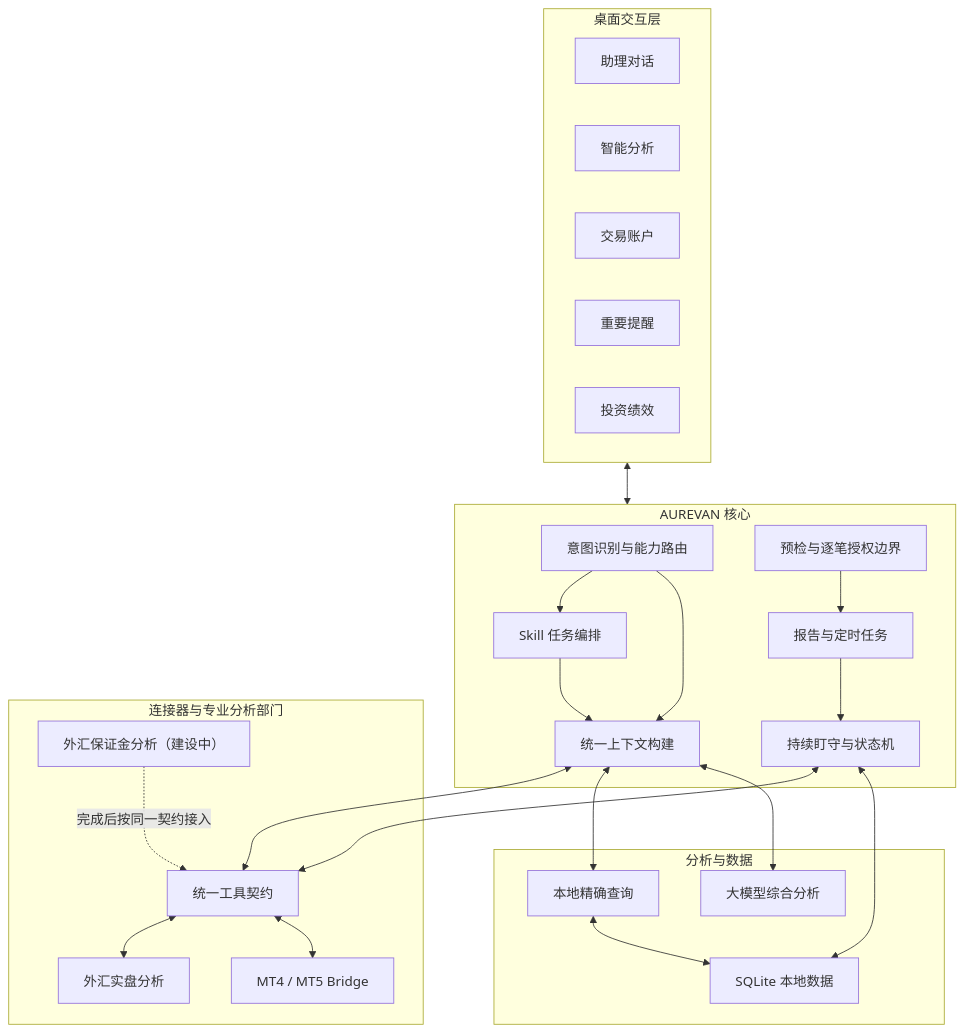
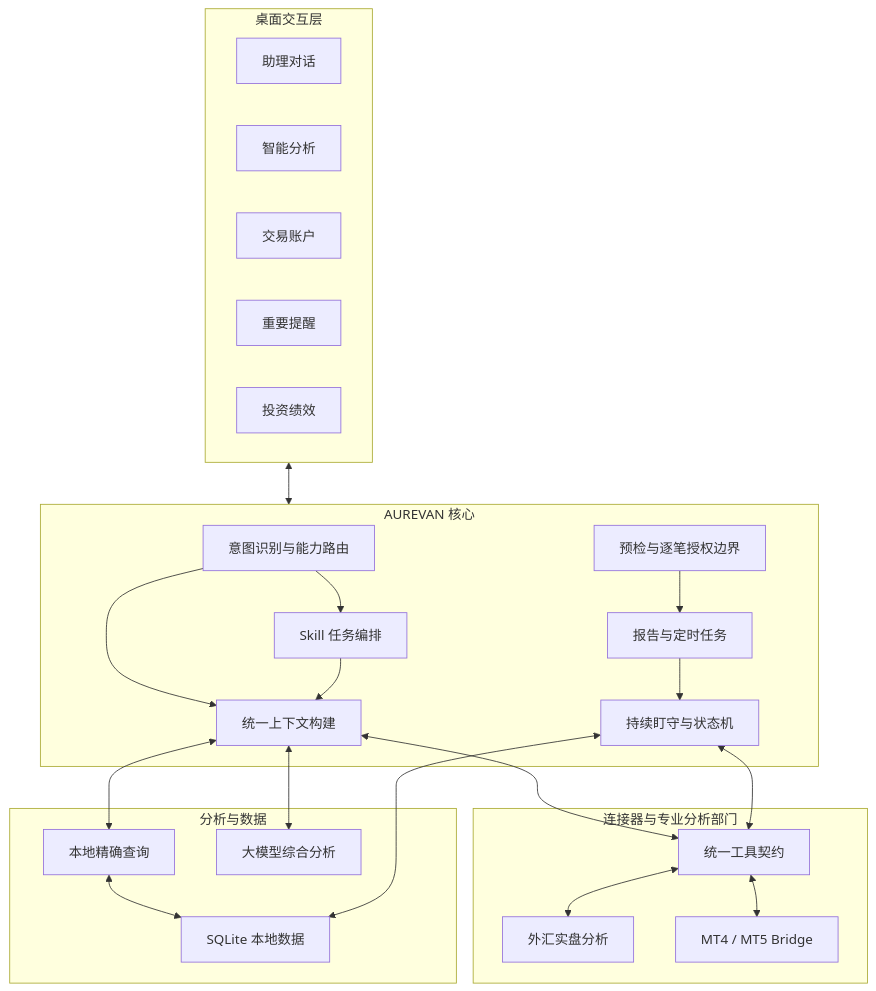
One commit to zhoujianli1990-hue/aurevan-product-case changed the diagram in docs/architecture.md. Above: the diagram before and after it, drawn with Mermaid. The commit also changed other lines of this file, not shown here.

Commit message:
docs: remove internal development notes

````diff
--- a/docs/architecture.md
+++ b/docs/architecture.md
@@ -7,48 +7,46 @@
 ```mermaid
 flowchart TB
     subgraph UX["桌面交互层"]
         CHAT["助理对话"]
         ANALYSIS["智能分析"]
         ACCOUNTS["交易账户"]
         ALERTS["重要提醒"]
         PERF["投资绩效"]
     end
 
     subgraph CORE["AUREVAN 核心"]
         ROUTER["意图识别与能力路由"]
         SKILL["Skill 任务编排"]
         CONTEXT["统一上下文构建"]
         WATCH["持续盯守与状态机"]
         SCHED["报告与定时任务"]
         AUTH["预检与逐笔授权边界"]
     end
 
     subgraph CONNECTORS["连接器与专业分析部门"]
         CONTRACT["统一工具契约"]
         FOREX["外汇实盘分析"]
         MT["MT4 / MT5 Bridge"]
-        MARGIN["外汇保证金分析（建设中）"]
     end
 
     subgraph MODEL["分析与数据"]
         LOCAL["本地精确查询"]
         LLM["大模型综合分析"]
         DB["SQLite 本地数据"]
     end
 
     UX <--> CORE
     ROUTER --> SKILL
     ROUTER --> CONTEXT
     SKILL --> CONTEXT
     CONTEXT <--> CONTRACT
     CONTRACT <--> FOREX
     CONTRACT <--> MT
-    MARGIN -. "完成后按同一契约接入" .-> CONTRACT
     CONTEXT <--> LOCAL
     CONTEXT <--> LLM
     WATCH <--> CONTRACT
     SCHED --> WATCH
     AUTH --> SCHED
     LOCAL <--> DB
     WATCH <--> DB
 ```
````
